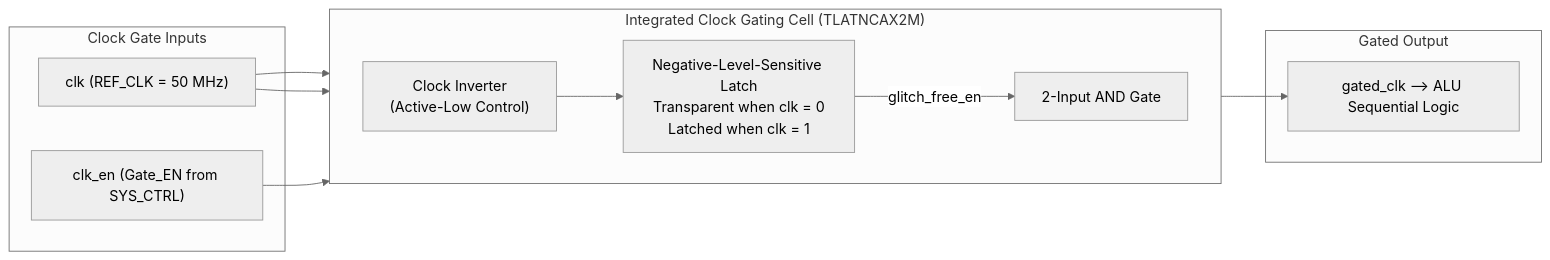
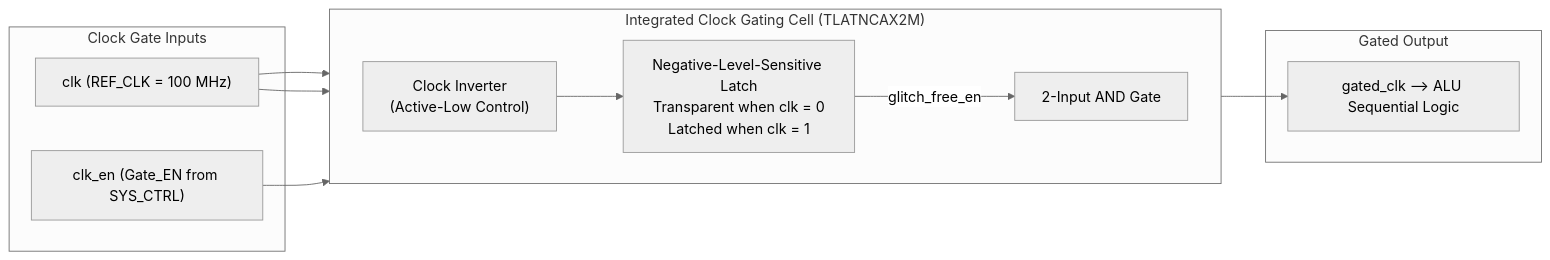
The sixth of 15 diagrams in README.md (ahmedbadwy77/Low-Power-Multi-Clock-Digital-Communication-System), drawn with Mermaid (neutral theme) before and after one commit. The commit also changed other lines of this file, not shown here.

````diff
--- a/README.md
+++ b/README.md
@@ -382,24 +401,24 @@
 ```mermaid
 flowchart LR
     subgraph Inputs["Clock Gate Inputs"]
-        clk["clk (REF_CLK = 50 MHz)"]
+        clk["clk (REF_CLK = 100 MHz)"]
         clk_en["clk_en (Gate_EN from SYS_CTRL)"]
     end
 
     subgraph ICG_Cell["Integrated Clock Gating Cell (TLATNCAX2M)"]
         direction LR
         INV["Clock Inverter<br/>(Active-Low Control)"]
         LATCH["Negative-Level-Sensitive Latch<br/>Transparent when clk = 0<br/>Latched when clk = 1"]
         AND_GATE["2-Input AND Gate"]
     end
 
     subgraph Outputs["Gated Output"]
         gated_clk["gated_clk --> ALU Sequential Logic"]
     end
 
     clk --> INV --> LATCH
     clk_en --> LATCH
     LATCH -- "glitch_free_en" --> AND_GATE
     clk --> AND_GATE
     AND_GATE --> gated_clk
 ```
````
